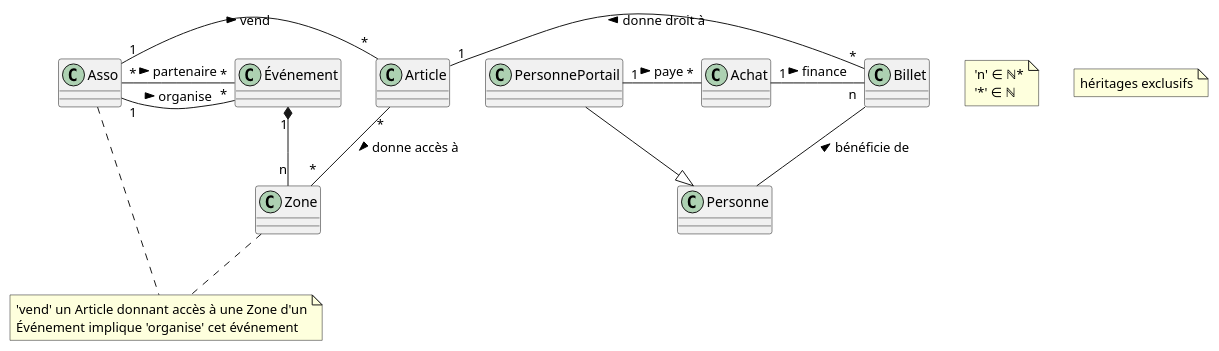
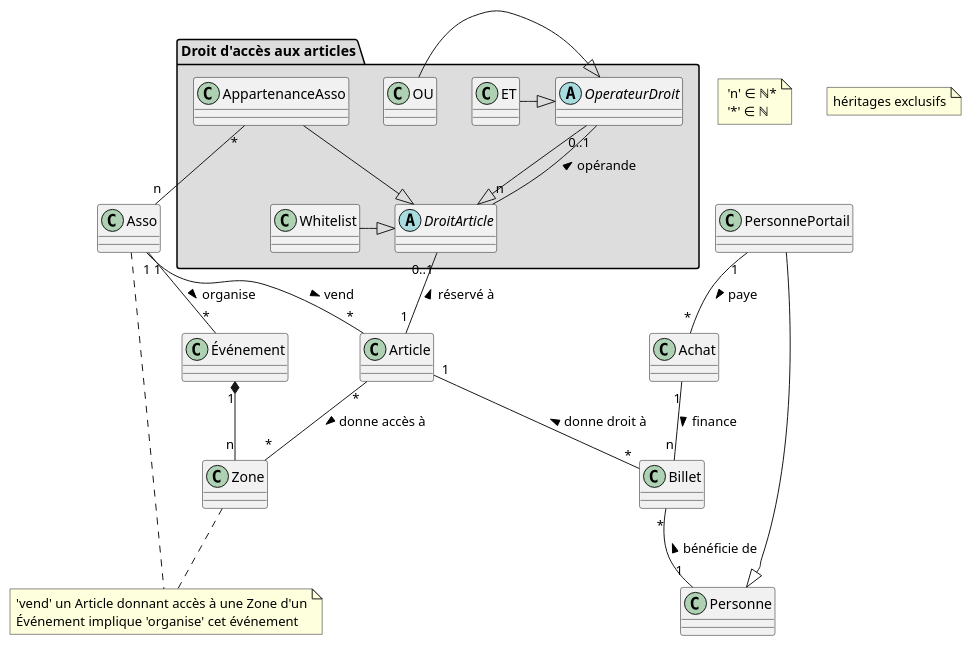
The diagram in doc-assets/sparkle.plantuml (SiMDE-Projects/sparkle), drawn with PlantUML before and after one commit.

Commit message:
uml: droit d'accès article + fix mineurs

```diff
--- a/doc-assets/sparkle.plantuml
+++ b/doc-assets/sparkle.plantuml
@@ -1,28 +1,43 @@
 @startuml sparkle
 skinparam groupInheritance 2
 
 note " 'n' ∈ ℕ*\n '*' ∈ ℕ" as N1
 note "héritages exclusifs" as N3
 
-Article "1" - "*" Billet : donne droit à <
+Article "1" -- "*" Billet : donne droit à <
 
-Asso "1" - "*" Article : vend >
-Asso "1" - "*" Événement : organise >
+Asso "1" -- "*" Article : vend >
+Asso "1" -- "*" Événement : organise >
 
 note "'vend' un Article donnant accès à une Zone d'un\nÉvénement implique 'organise' cet événement" as N2
 Asso .. N2
 Zone .. N2
 
-Asso "*" - "*" Événement : partenaire >
 Événement "1" *-- "n" Zone
 Article "*" - "*" Zone : donne accès à >
 
-PersonnePortail --|> Personne
+PersonnePortail -|> Personne
 
-Billet - Personne : bénéficie de <
+Billet "*" -- "1" Personne : bénéficie de <
 
 
-PersonnePortail "1" - "*" Achat : paye >
-Achat "1" - "n" Billet : finance >
+PersonnePortail "1" -- "*" Achat : paye >
+Achat "1" -- "n" Billet : finance >
+
+
+package "Droit d'accès aux articles" #DDDDDD {
+
+abstract DroitArticle
+abstract OperateurDroit
+OperateurDroit --|> DroitArticle
+OperateurDroit "0..1" -- "n" DroitArticle : opérande <
+ET -|> OperateurDroit
+OU -|> OperateurDroit
+Whitelist -|> DroitArticle
+AppartenanceAsso --|> DroitArticle
+AppartenanceAsso "*" -- "n" Asso
+Article "1" -- "0..1" DroitArticle : réservé à >
+
+}
 
 @enduml
```
